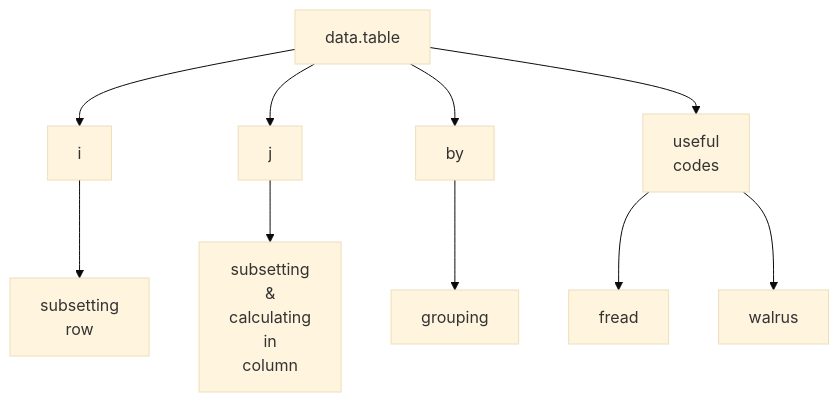
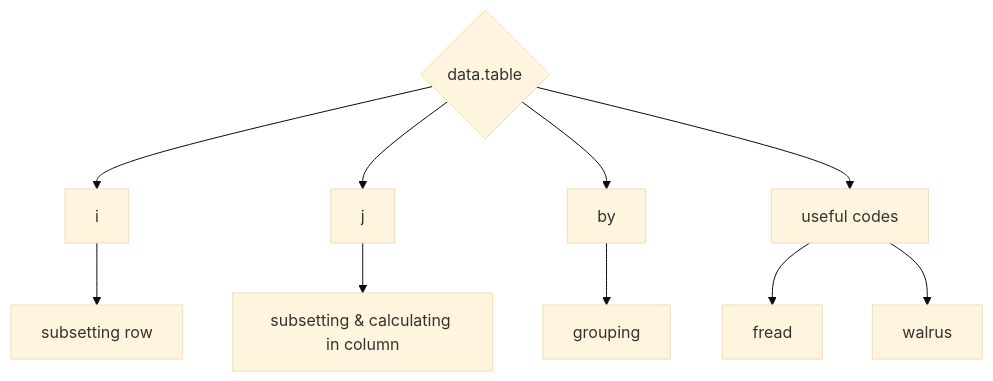
One commit to drkmenon/myknotes changed the second of 7 diagrams in Biomedical/Research Methodology/wrangling.qmd. Above: the diagram before and after it, drawn with Mermaid (base theme). The commit also changed other lines of this file and 178 other files, not shown here.

````diff
--- a/Biomedical/Research Methodology/wrangling.qmd
+++ b/Biomedical/Research Methodology/wrangling.qmd
@@ -34,13 +34,12 @@
 ```{mermaid}
 flowchart TD
-data.table --> i
-i --> subsetting\nrow
-data.table --> j
-j --> subsetting\n&\ncalculating\nin\ncolumn
-data.table --> by
-by --> grouping
-data.table --> useful\ncodes
-useful\ncodes --> fread
-useful\ncodes --> walrus
-
+A{data.table} --> B[i]
+B --> C[subsetting row]
+A --> D[j]
+D --> E[subsetting & calculating in column]
+A --> F[by]
+F --> G[grouping]
+A --> H[useful codes]
+H --> I[fread]
+H --> J[walrus]
 ```
````
